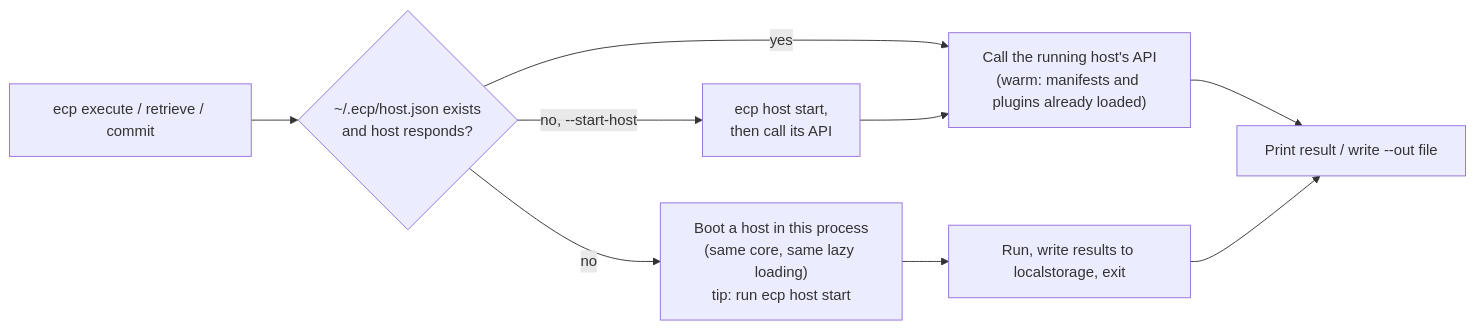
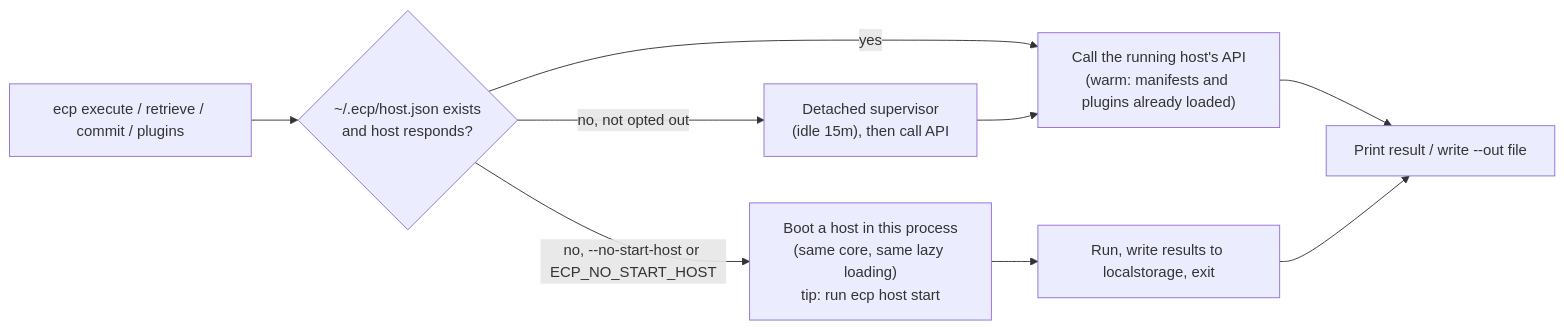
One commit to executioncontrolprotocol/executioncontrolprotocol changed the fifth of 5 diagrams in REALIGNMENT-PLAN.md. Above: the diagram before and after it, drawn with Mermaid. The commit also changed other lines of this file and 40 other files, not shown here.

First line of the commit message:
feat(cli): auto-start the warm host with idle shutdown; ecp host reload

````diff
--- a/REALIGNMENT-PLAN.md
+++ b/REALIGNMENT-PLAN.md
@@ -212,11 +212,11 @@
 ```mermaid
 flowchart LR
-  cmd["ecp execute / retrieve / commit"] --> check{"~/.ecp/host.json exists<br/>and host responds?"}
+  cmd["ecp execute / retrieve / commit / plugins"] --> check{"~/.ecp/host.json exists<br/>and host responds?"}
   check -- yes --> api["Call the running host's API<br/>(warm: manifests and plugins already loaded)"]
-  check -- "no, --start-host" --> start["ecp host start,<br/>then call its API"]
-  check -- no --> boot["Boot a host in this process<br/>(same core, same lazy loading)<br/>tip: run ecp host start"]
+  check -- "no, not opted out" --> start["Detached supervisor<br/>(idle 15m), then call API"]
+  check -- "no, --no-start-host or ECP_NO_START_HOST" --> boot["Boot a host in this process<br/>(same core, same lazy loading)<br/>tip: run ecp host start"]
   start --> api
   boot --> run["Run, write results to localstorage, exit"]
   api --> out["Print result / write --out file"]
   run --> out
 ```
````
